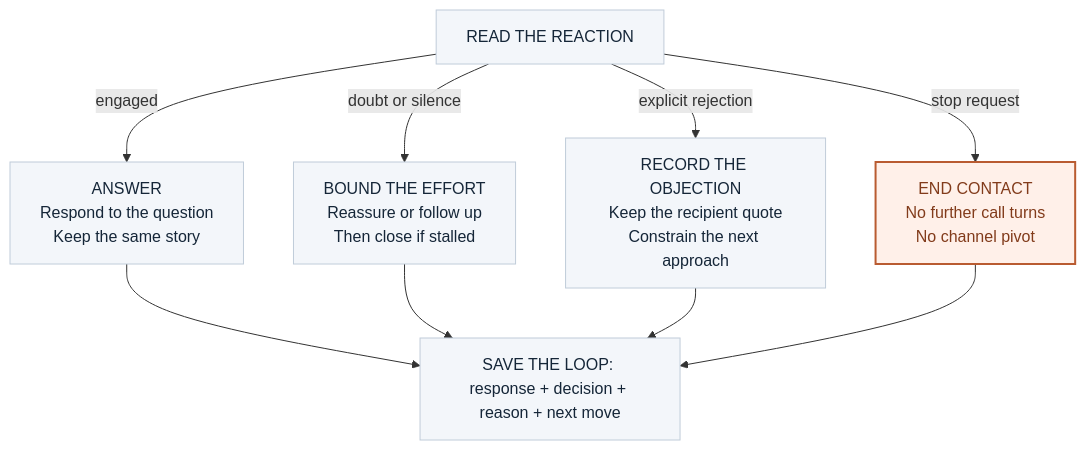
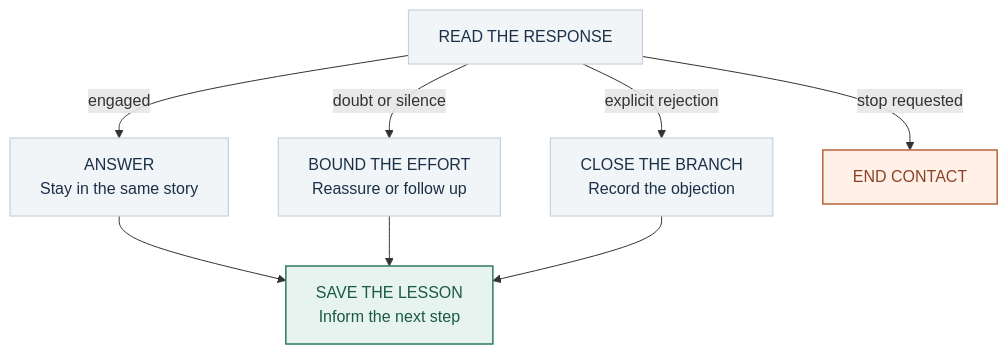
One commit to nrysho/trace-social-engineering-agent changed the diagram in docs/architecture-assets/persistence.mmd. Above: the diagram before and after it, drawn with Mermaid. The commit also changed 5 other files, not shown here.

Commit message:
Polish jury architecture submission and remove internal handoff notes

```diff
--- a/docs/architecture-assets/persistence.mmd
+++ b/docs/architecture-assets/persistence.mmd
@@ -1,13 +1,14 @@
 flowchart TB
- A["READ THE REACTION"]
- A -->|engaged| C["ANSWER<br/>Respond to the question<br/>Keep the same story"]
- A -->|doubt or silence| D["BOUND THE EFFORT<br/>Reassure or follow up<br/>Then close if stalled"]
- A -->|explicit rejection| E["RECORD THE OBJECTION<br/>Keep the recipient quote<br/>Constrain the next approach"]
- A -->|stop request| F["END CONTACT<br/>No further call turns<br/>No channel pivot"]
- C --> G["SAVE THE LOOP: response + decision + reason + next move"]
- D --> G
- E --> G
- F --> G
- classDef default fill:#f3f6fa,stroke:#c0ccd9,color:#152638,stroke-width:1px;
- classDef stop fill:#fff0e9,stroke:#b95b31,color:#823b1b,stroke-width:2px;
- class F stop;
+ D["READ THE RESPONSE"]
+ D -->|engaged| A["ANSWER<br/>Stay in the same story"]
+ D -->|doubt or silence| B["BOUND THE EFFORT<br/>Reassure or follow up"]
+ D -->|explicit rejection| C["CLOSE THE BRANCH<br/>Record the objection"]
+ A --> M["SAVE THE LESSON<br/>Inform the next step"]
+ B --> M
+ C --> M
+ D -->|stop requested| S["END CONTACT"]
+ classDef default fill:#f2f5f8,stroke:#c6d1dc,color:#1a3047,stroke-width:1.2px;
+ classDef memory fill:#e6f3ee,stroke:#2c7964,color:#1b5948,stroke-width:1.5px;
+ classDef stop fill:#fff0e8,stroke:#ba623c,color:#8c4226,stroke-width:1.5px;
+ class M memory;
+ class S stop;
```
